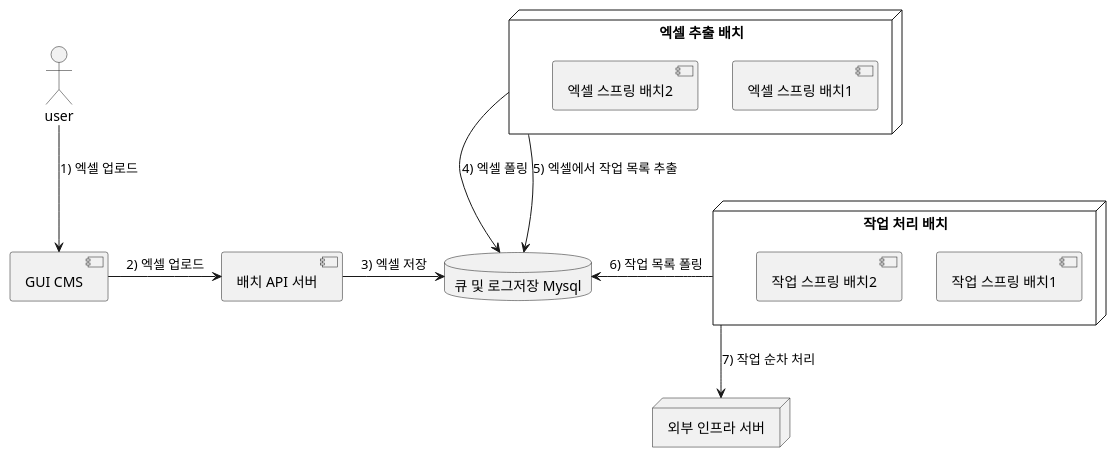
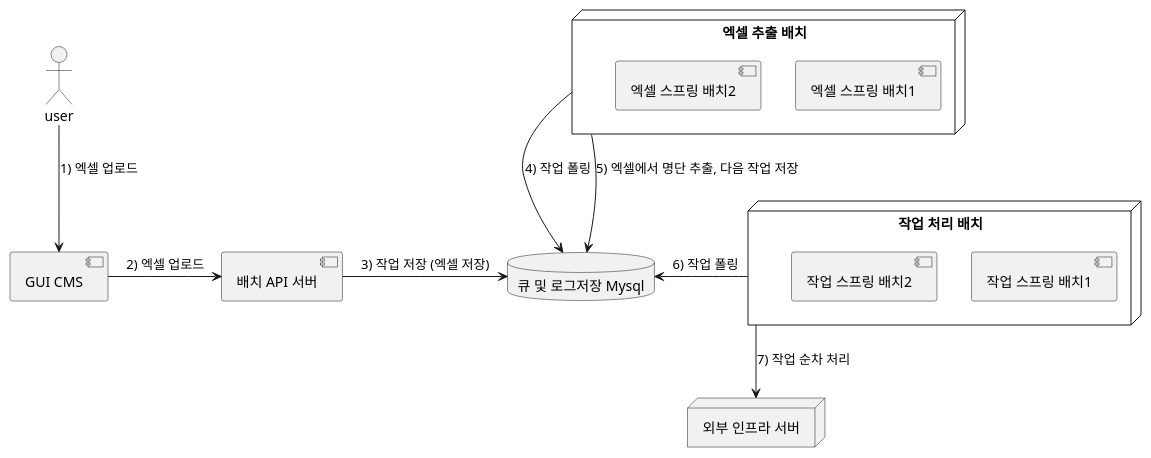
Before and after one commit to glqdlt/glqdlt.github.io: the diagram in arch/001_excel_bulk_batch/1_legacy.puml, drawn with PlantUML. The commit also changed 5 other files, not shown here.

```diff
--- a/arch/001_excel_bulk_batch/1_legacy.puml
+++ b/arch/001_excel_bulk_batch/1_legacy.puml
@@ -1,26 +1,26 @@
 @startuml
 
 actor user as u
 component "GUI CMS" as cms
 component "배치 API 서버" as eas
 database "큐 및 로그저장 Mysql" as db
 node "엑셀 추출 배치" as en{
     component "엑셀 스프링 배치1"
     component "엑셀 스프링 배치2"
 }
 node "작업 처리 배치" as psn{
     component "작업 스프링 배치1"
     component "작업 스프링 배치2"
 }
 
 node "외부 인프라 서버" as eps
 
 u --> cms : 1) 엑셀 업로드
 cms -> eas : 2) 엑셀 업로드
-eas -> db : 3) 엑셀 저장
-en -> db : 4) 엑셀 폴링
-en --> db : 5) 엑셀에서 작업 목록 추출
-psn -> db : 6) 작업 목록 폴링
+eas -> db : 3) 작업 저장 (엑셀 저장)
+en -> db : 4) 작업 폴링
+en --> db : 5) 엑셀에서 명단 추출, 다음 작업 저장
+psn -> db : 6) 작업 폴링
 psn --> eps : 7) 작업 순차 처리
 
 @enduml
```
